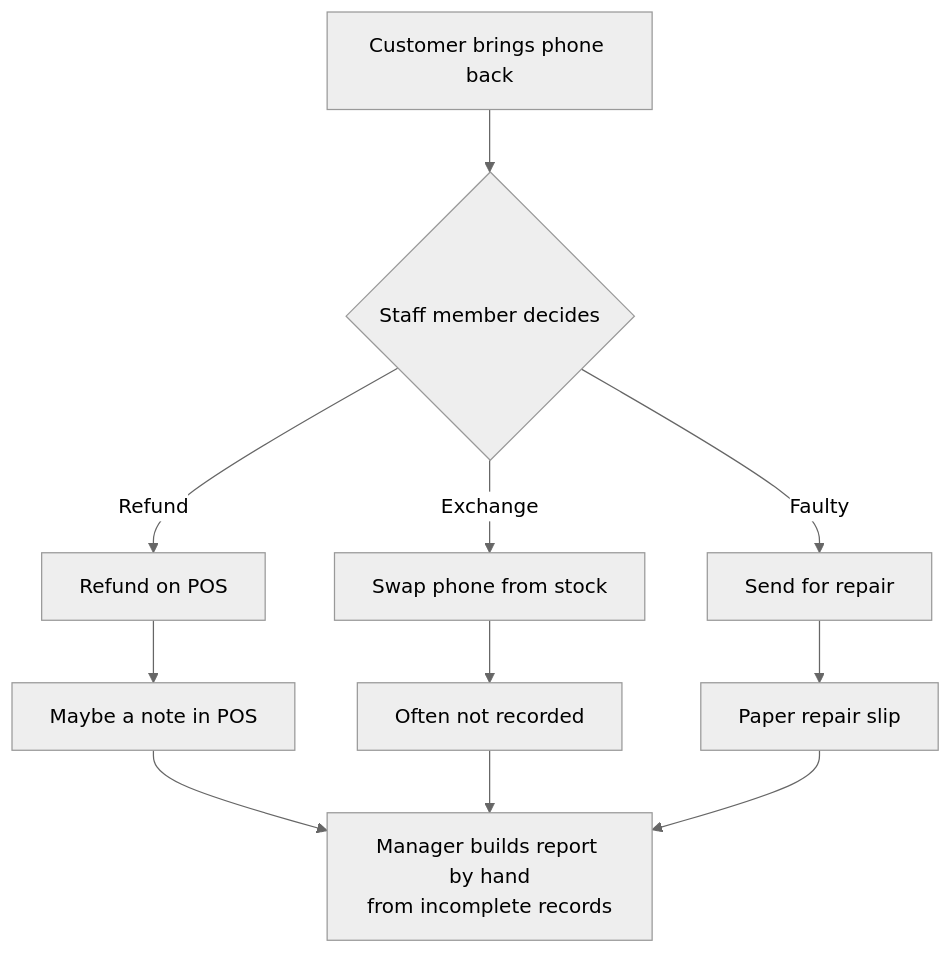
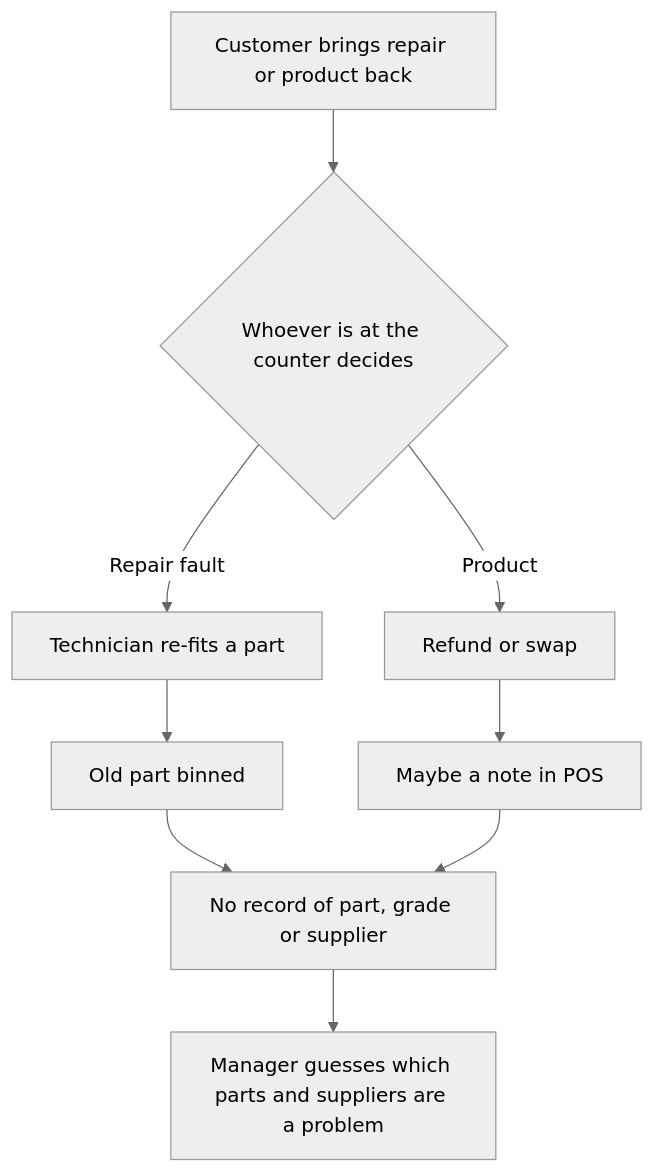
One commit to sanjayprakash-git/returns-tracker changed the second of 3 diagrams in docs/requirements.md. Above: the diagram before and after it, drawn with Mermaid (neutral theme). The commit also changed other lines of this file and 13 other files, not shown here.

Commit message:
Rework for a phone repair & accessories shop: repair comebacks by part, grade and supplier, accessory groups, supplier claims, warranty rules

````diff
--- a/docs/requirements.md
+++ b/docs/requirements.md
@@ -168,13 +182,11 @@
 ```mermaid
 flowchart TD
-    A[Customer brings phone back] --> B{Staff member decides}
-    B -->|Refund| C[Refund on POS]
-    B -->|Exchange| D[Swap phone from stock]
-    B -->|Faulty| E[Send for repair]
-    C --> F[Maybe a note in POS]
-    D --> G[Often not recorded]
-    E --> H[Paper repair slip]
-    F --> I[Manager builds report by hand<br/>from incomplete records]
-    G --> I
-    H --> I
+    A[Customer brings repair or product back] --> B{Whoever is at the counter decides}
+    B -->|Repair fault| C[Technician re-fits a part]
+    B -->|Product| D[Refund or swap]
+    C --> E[Old part binned]
+    D --> F[Maybe a note in POS]
+    E --> G[No record of part, grade or supplier]
+    F --> G
+    G --> H[Manager guesses which parts and suppliers are a problem]
 ```
````
